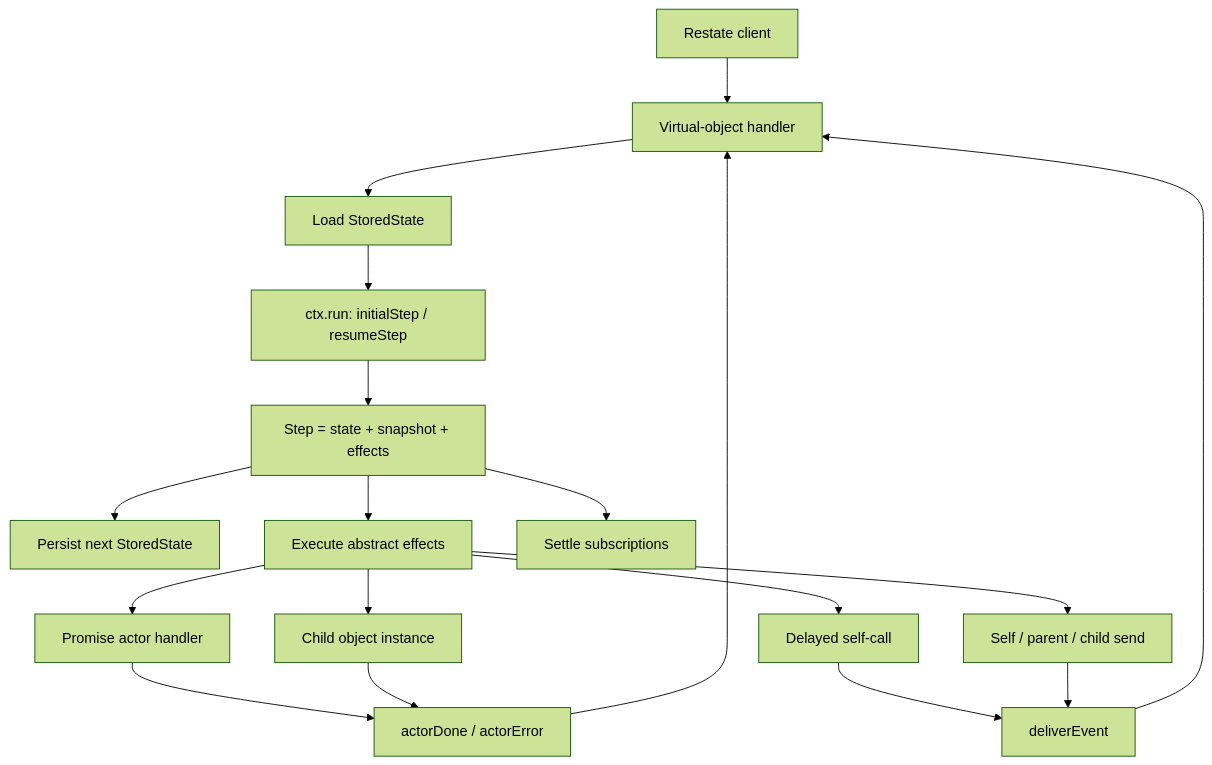
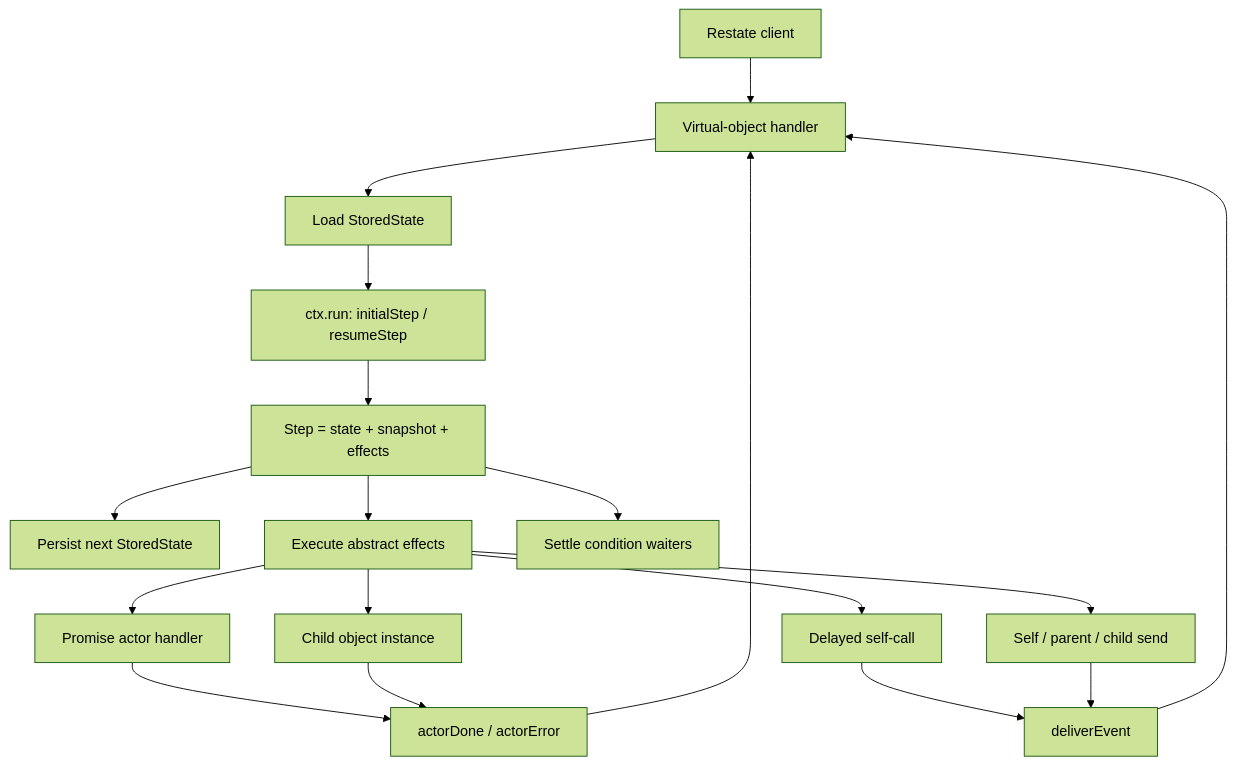
Before and after one commit to restatedev/xstate-transitions: the first of 2 diagrams in packages/xstate-transitions/MANUAL.md, drawn with Mermaid (forest theme). The commit also changed other lines of this file and 20 other files, not shown here.

````diff
--- a/packages/xstate-transitions/MANUAL.md
+++ b/packages/xstate-transitions/MANUAL.md
@@ -900,20 +909,20 @@
 ```mermaid
 flowchart TD
     Client["Restate client"] --> Handler["Virtual-object handler"]
     Handler --> Load["Load StoredState"]
     Load --> Compute["ctx.run: initialStep / resumeStep"]
     Compute --> Step["Step = state + snapshot + effects"]
     Step --> Persist["Persist next StoredState"]
     Step --> Effects["Execute abstract effects"]
     Effects --> Actor["Promise actor handler"]
     Effects --> Timer["Delayed self-call"]
     Effects --> Child["Child object instance"]
     Effects --> Message["Self / parent / child send"]
-    Step --> Waiters["Settle subscriptions"]
+    Step --> Waiters["Settle condition waiters"]
     Actor --> ActorResult["actorDone / actorError"]
     Child --> ActorResult
     Timer --> DomainEvent["deliverEvent"]
     Message --> DomainEvent
     ActorResult --> Handler
     DomainEvent --> Handler
 ```
````
